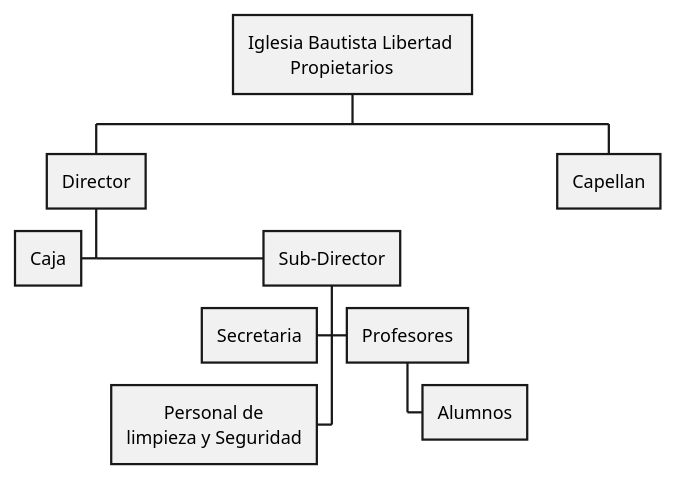
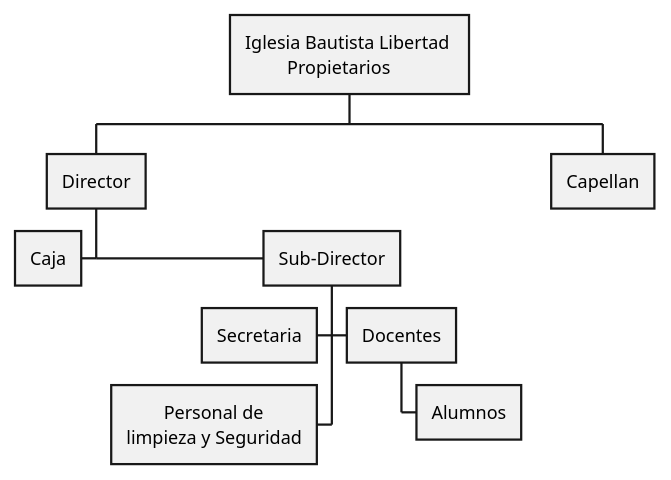
The diagram in DomainModel/organization-chart.puml (wsmcbl/wsmcbl.doc), drawn with PlantUML before and after one commit. The commit also changed 1 other file, not shown here.

Commit message:
Update: organization-chart.puml file

```diff
--- a/DomainModel/organization-chart.puml
+++ b/DomainModel/organization-chart.puml
@@ -1,14 +1,14 @@
 @startwbs
 'skinparam BackgroundColor transparent
 
 * Iglesia Bautista Libertad \n\t Propietarios
 ** Director
 ***< Caja
 *** Sub-Director
 ****< Secretaria
-**** Profesores
+**** Docentes
 ***** Alumnos
 ****< \tPersonal de\nlimpieza y Seguridad
 ** Capellan
 
 @endwb
```
